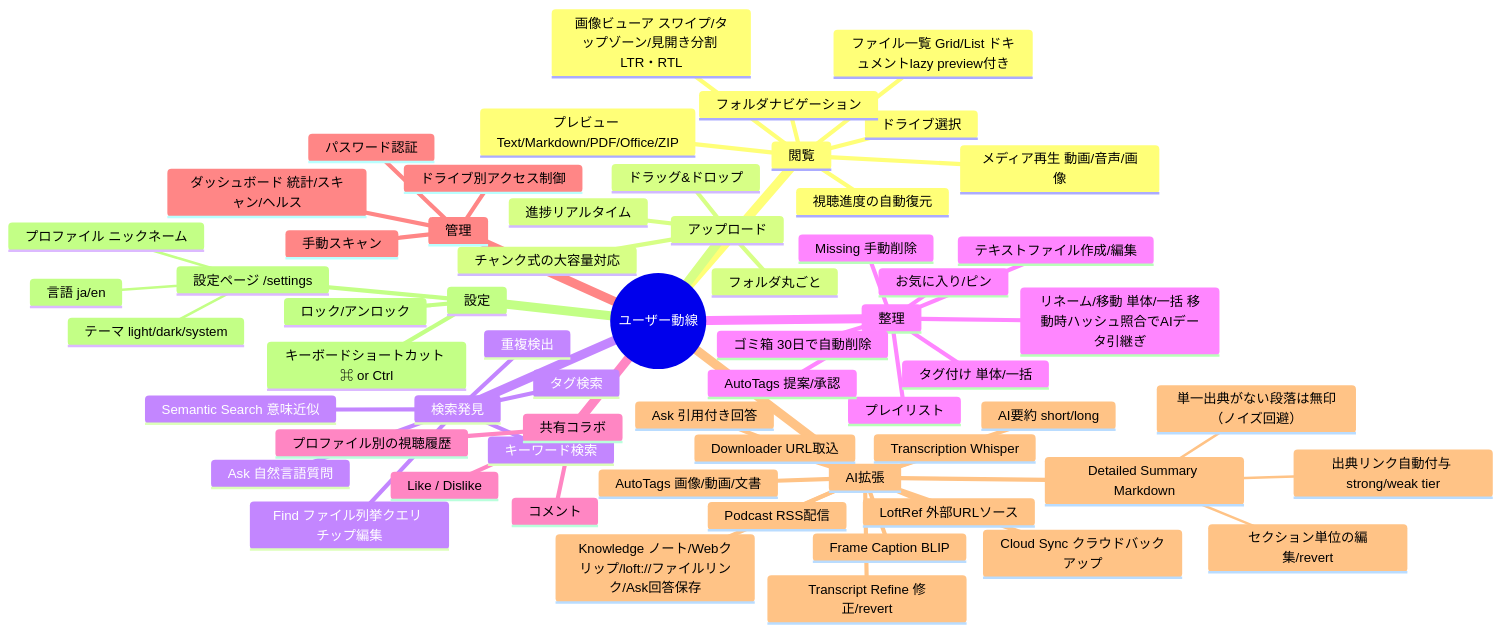
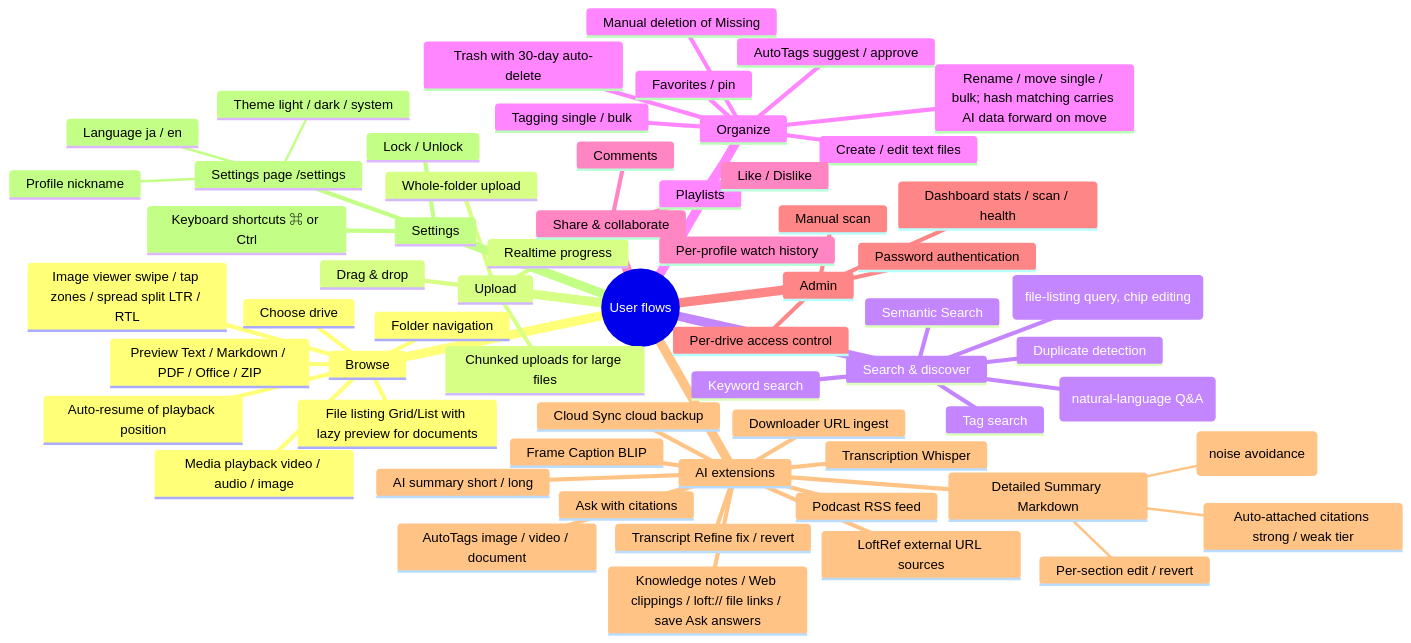
The second of 6 diagrams in docs/FEATURE-MAP.md (mamepenguin/Litloft), drawn with Mermaid before and after one commit. The commit also changed other lines of this file and 11 other files, not shown here.

````diff
--- a/docs/FEATURE-MAP.md
+++ b/docs/FEATURE-MAP.md
@@ -46,65 +46,65 @@
 ```mermaid
 mindmap
-  root((ユーザー動線))
-    閲覧
-      ドライブ選択
-      フォルダナビゲーション
-      ファイル一覧 Grid/List ドキュメントlazy preview付き
-      メディア再生 動画/音声/画像
-      プレビュー Text/Markdown/PDF/Office/ZIP
-      画像ビューア スワイプ/タップゾーン/見開き分割 LTR・RTL
-      視聴進度の自動復元
-    アップロード
-      ドラッグ&ドロップ
-      チャンク式の大容量対応
-      フォルダ丸ごと
-      進捗リアルタイム
-    検索発見
-      キーワード検索
-      タグ検索
-      重複検出
-      Semantic Search 意味近似
-      Ask 自然言語質問
-      Find ファイル列挙クエリ チップ編集
-    整理
-      タグ付け 単体/一括
-      プレイリスト
-      お気に入り/ピン
-      リネーム/移動 単体/一括 移動時ハッシュ照合でAIデータ引継ぎ
-      テキストファイル作成/編集
-      ゴミ箱 30日で自動削除
-      Missing 手動削除
-      AutoTags 提案/承認
-    共有コラボ
-      コメント
+  root((User flows))
+    Browse
+      Choose drive
+      Folder navigation
+      File listing Grid/List with lazy preview for documents
+      Media playback video / audio / image
+      Preview Text / Markdown / PDF / Office / ZIP
+      Image viewer swipe / tap zones / spread split LTR / RTL
+      Auto-resume of playback position
+    Upload
+      Drag & drop
+      Chunked uploads for large files
+      Whole-folder upload
+      Realtime progress
+    Search & discover
+      Keyword search
+      Tag search
+      Duplicate detection
+      Semantic Search
+      Ask (natural-language Q&A)
+      Find (file-listing query, chip editing)
+    Organize
+      Tagging single / bulk
+      Playlists
+      Favorites / pin
+      Rename / move single / bulk; hash matching carries AI data forward on move
+      Create / edit text files
+      Trash with 30-day auto-delete
+      Manual deletion of Missing
+      AutoTags suggest / approve
+    Share & collaborate
+      Comments
       Like / Dislike
-      プロファイル別の視聴履歴
-    管理
-      パスワード認証
-      ドライブ別アクセス制御
-      ダッシュボード 統計/スキャン/ヘルス
-      手動スキャン
-    AI拡張
-      AI要約 short/long
+      Per-profile watch history
+    Admin
+      Password authentication
+      Per-drive access control
+      Dashboard stats / scan / health
+      Manual scan
+    AI extensions
+      AI summary short / long
       Detailed Summary Markdown
-        出典リンク自動付与 strong/weak tier
-        単一出典がない段落は無印（ノイズ回避）
-        セクション単位の編集/revert
-      AutoTags 画像/動画/文書
-      Ask 引用付き回答
-      Transcript Refine 修正/revert
+        Auto-attached citations strong / weak tier
+        Paragraphs without a single source remain unmarked (noise avoidance)
+        Per-section edit / revert
+      AutoTags image / video / document
+      Ask with citations
+      Transcript Refine fix / revert
       Transcription Whisper
       Frame Caption BLIP
-      Knowledge ノート/Webクリップ/loft://ファイルリンク/Ask回答保存
-      Downloader URL取込
-      LoftRef 外部URLソース
-      Cloud Sync クラウドバックアップ
-      Podcast RSS配信
-    設定
-      設定ページ /settings
-        プロファイル ニックネーム
-        テーマ light/dark/system
-        言語 ja/en
-      ロック/アンロック
-      キーボードショートカット ⌘ or Ctrl
+      Knowledge notes / Web clippings / loft:// file links / save Ask answers
+      Downloader URL ingest
+      LoftRef external URL sources
+      Cloud Sync cloud backup
+      Podcast RSS feed
+    Settings
+      Settings page /settings
+        Profile nickname
+        Theme light / dark / system
+        Language ja / en
+      Lock / Unlock
+      Keyboard shortcuts ⌘ or Ctrl
 ```
````
